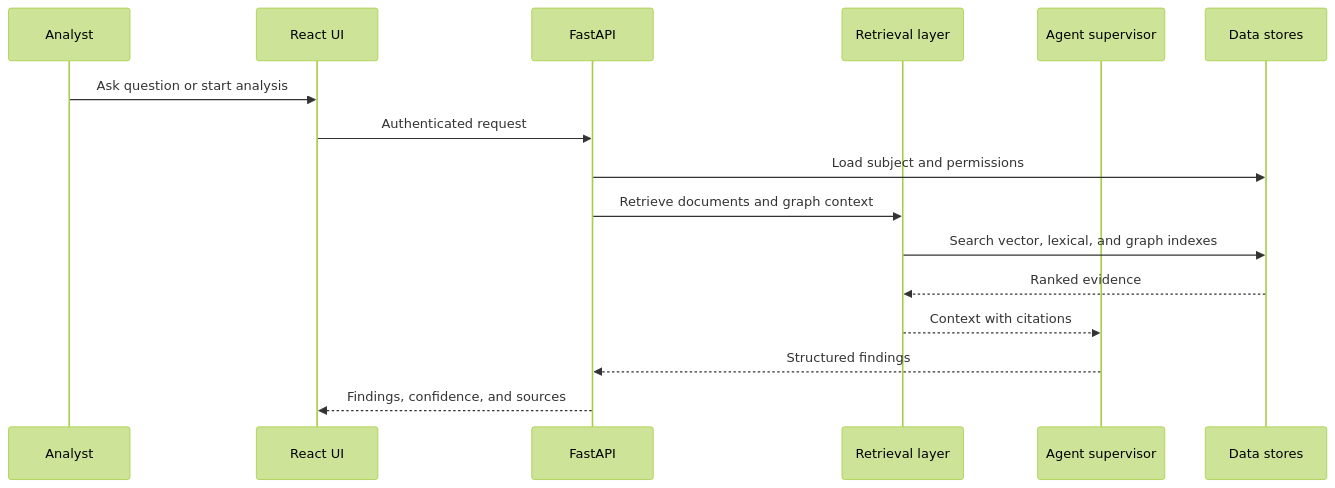
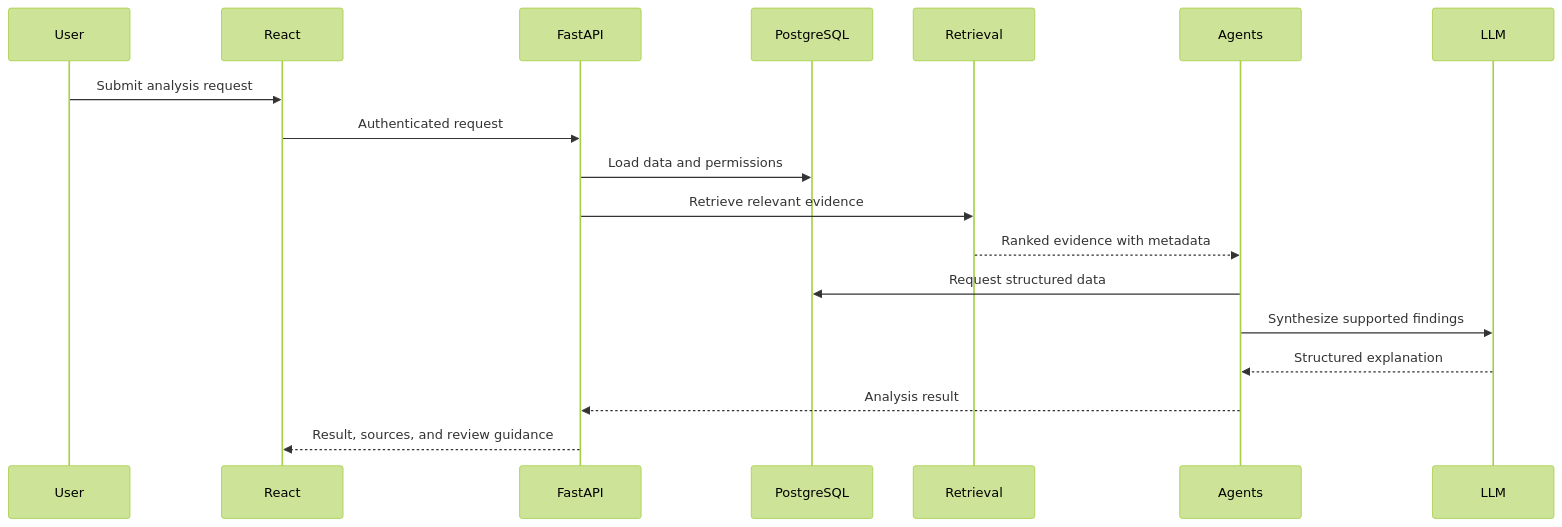
The second of 2 diagrams in docs/architecture.md (Abhishek4209/AI-Financial-Risk-Intelligence-Platform-using-Graph-RAG-Multi-Agent-LLM), drawn with Mermaid (forest theme) before and after one commit. The commit also changed other lines of this file and 7 other files, not shown here.

````diff
--- a/docs/architecture.md
+++ b/docs/architecture.md
@@ -77,18 +342,21 @@
 ```mermaid
 sequenceDiagram
-	participant Analyst
-	participant UI as React UI
-	participant API as FastAPI
-	participant Q as Retrieval layer
-	participant Agent as Agent supervisor
-	participant Store as Data stores
-	Analyst->>UI: Ask question or start analysis
-	UI->>API: Authenticated request
-	API->>Store: Load subject and permissions
-	API->>Q: Retrieve documents and graph context
-	Q->>Store: Search vector, lexical, and graph indexes
-	Store-->>Q: Ranked evidence
-	Q-->>Agent: Context with citations
-	Agent-->>API: Structured findings
-	API-->>UI: Findings, confidence, and sources
+    participant User
+    participant UI as React
+    participant API as FastAPI
+    participant DB as PostgreSQL
+    participant RET as Retrieval
+    participant AG as Agents
+    participant LLM as LLM
+
+    User->>UI: Submit analysis request
+    UI->>API: Authenticated request
+    API->>DB: Load data and permissions
+    API->>RET: Retrieve relevant evidence
+    RET-->>AG: Ranked evidence with metadata
+    AG->>DB: Request structured data
+    AG->>LLM: Synthesize supported findings
+    LLM-->>AG: Structured explanation
+    AG-->>API: Analysis result
+    API-->>UI: Result, sources, and review guidance
 ```
````
